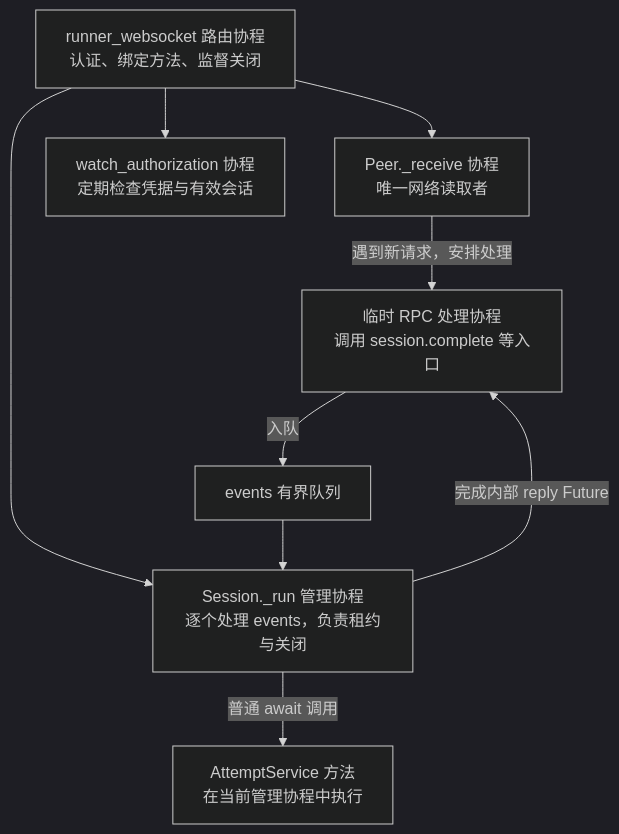
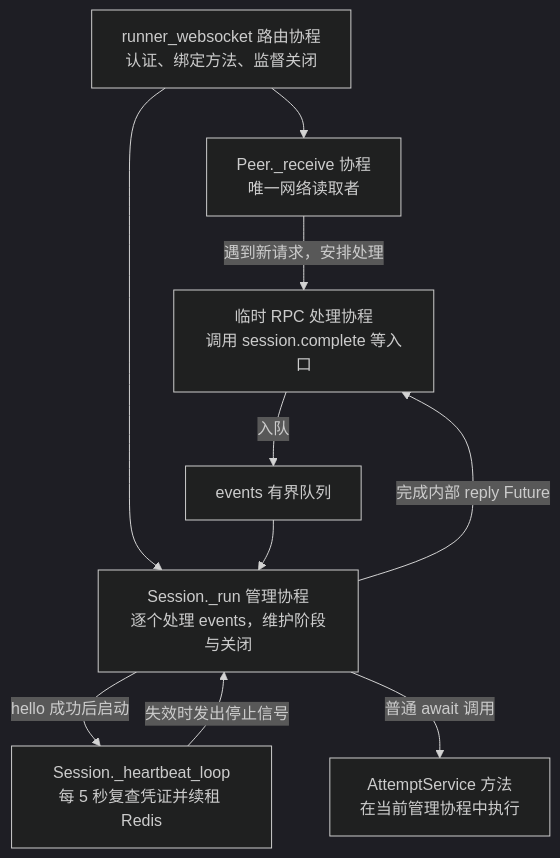
Before and after one commit to qinghuan136/EvalForge: the third of 10 diagrams in docs/当前项目架构图解.md, drawn with Mermaid (dark theme). The commit also changed other lines of this file and 27 other files, not shown here.

````diff
--- a/docs/当前项目架构图解.md
+++ b/docs/当前项目架构图解.md
@@ -76,12 +76,13 @@
 ```mermaid
 flowchart TB
     Route["runner_websocket 路由协程<br/>认证、绑定方法、监督关闭"]
     Route --> Receive["Peer._receive 协程<br/>唯一网络读取者"]
-    Route --> Actor["Session._run 管理协程<br/>逐个处理 events，负责租约与关闭"]
-    Route --> Watch["watch_authorization 协程<br/>定期检查凭据与有效会话"]
+    Route --> Actor["Session._run 管理协程<br/>逐个处理 events，维护阶段与关闭"]
+    Actor -->|"hello 成功后启动"| Heartbeat["Session._heartbeat_loop<br/>每 5 秒复查凭证并续租 Redis"]
+    Heartbeat -->|"失效时发出停止信号"| Actor
     Receive -->|"遇到新请求，安排处理"| Handler["临时 RPC 处理协程<br/>调用 session.complete 等入口"]
     Handler -->|"入队"| Queue["events 有界队列"]
     Queue --> Actor
     Actor -->|"普通 await 调用"| Service["AttemptService 方法<br/>在当前管理协程中执行"]
     Actor -->|"完成内部 reply Future"| Handler
 ```
````
